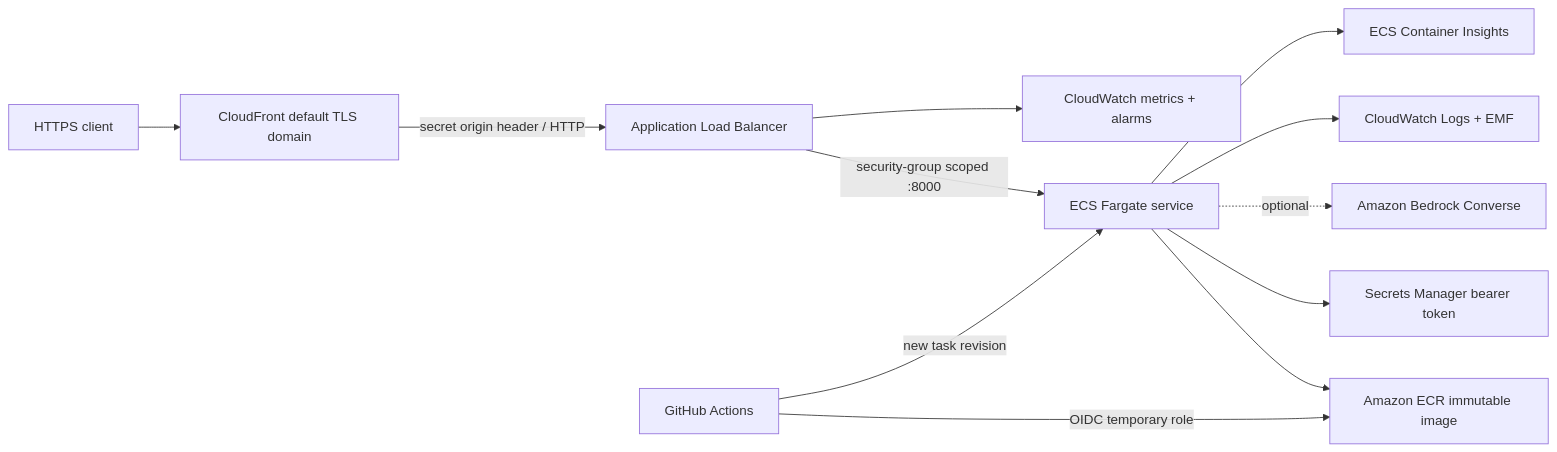
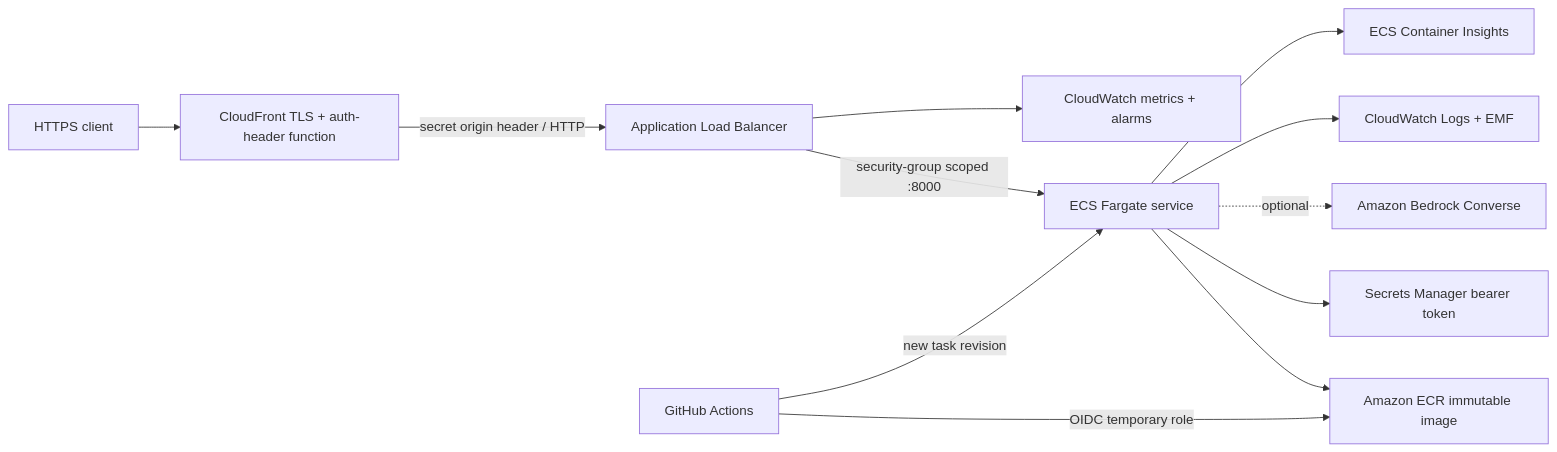
One commit to AlienEslami/PolicyFlow-Agents changed the diagram in docs/AWS_ARCHITECTURE.md. Above: the diagram before and after it, drawn with Mermaid. The commit also changed other lines of this file and 3 other files, not shown here.

Commit message:
fix: forward viewer auth through CloudFront safely

````diff
--- a/docs/AWS_ARCHITECTURE.md
+++ b/docs/AWS_ARCHITECTURE.md
@@ -6,14 +6,14 @@
 ```mermaid
 flowchart LR
-  C[HTTPS client] --> CF[CloudFront default TLS domain]
+  C[HTTPS client] --> CF[CloudFront TLS + auth-header function]
   CF -->|secret origin header / HTTP| ALB[Application Load Balancer]
   ALB -->|security-group scoped :8000| ECS[ECS Fargate service]
   ECS --> ECR[Amazon ECR immutable image]
   ECS --> SM[Secrets Manager bearer token]
   ECS -. optional .-> BR[Amazon Bedrock Converse]
   ECS --> CWL[CloudWatch Logs + EMF]
   ECS --> CWI[ECS Container Insights]
   ALB --> CWM[CloudWatch metrics + alarms]
   GH[GitHub Actions] -->|OIDC temporary role| ECR
   GH -->|new task revision| ECS
 ```
````
